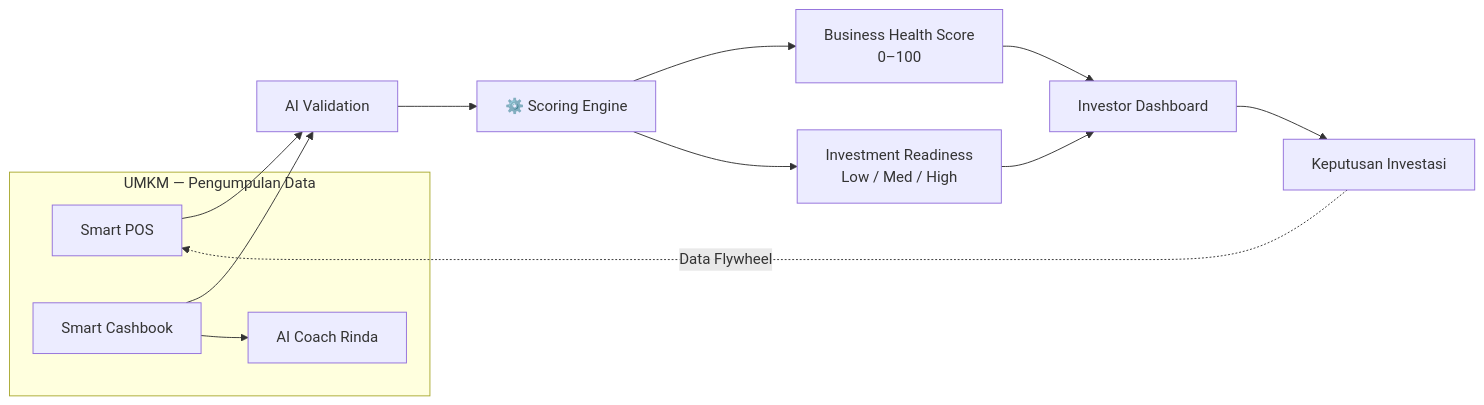
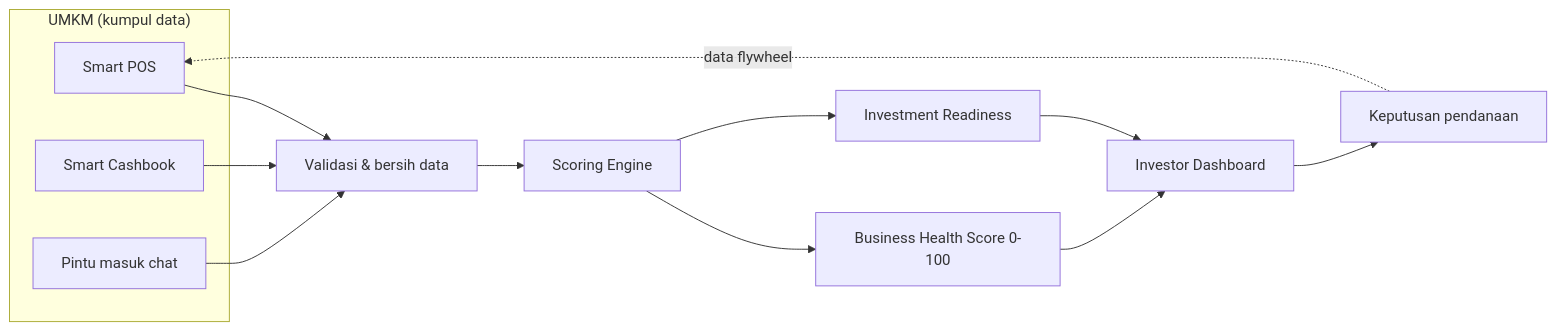
One commit to hamzaharmanhusni-ugm/hackaton-pidi changed the diagram in 00 - Beranda (MOC).md. Above: the diagram before and after it, drawn with Mermaid. The commit also changed other lines of this file and 87 other files, not shown here.

````diff
--- a/00 - Beranda (MOC).md
+++ b/00 - Beranda (MOC).md
@@ -28,18 +48,18 @@
 ```mermaid
 flowchart LR
-  subgraph UMKM["UMKM — Pengumpulan Data"]
+  subgraph UMKM["UMKM (kumpul data)"]
     POS["Smart POS"]
     CB["Smart Cashbook"]
-    COACH["AI Coach Rinda"]
+    CHAT["Pintu masuk chat"]
   end
-  POS --> VAL["AI Validation"]
+  POS --> VAL["Validasi & bersih data"]
   CB --> VAL
-  CB --> COACH
-  VAL --> SCORE["⚙️ Scoring Engine"]
-  SCORE --> HS["Business Health Score<br/>0–100"]
-  SCORE --> IR["Investment Readiness<br/>Low / Med / High"]
+  CHAT --> VAL
+  VAL --> SCORE["Scoring Engine"]
+  SCORE --> HS["Business Health Score 0-100"]
+  SCORE --> IR["Investment Readiness"]
   HS --> DASH["Investor Dashboard"]
   IR --> DASH
-  DASH --> DEC["Keputusan Investasi"]
-  DEC -.->|Data Flywheel| POS
+  DASH --> DEC["Keputusan pendanaan"]
+  DEC -.->|data flywheel| POS
 ```
````
